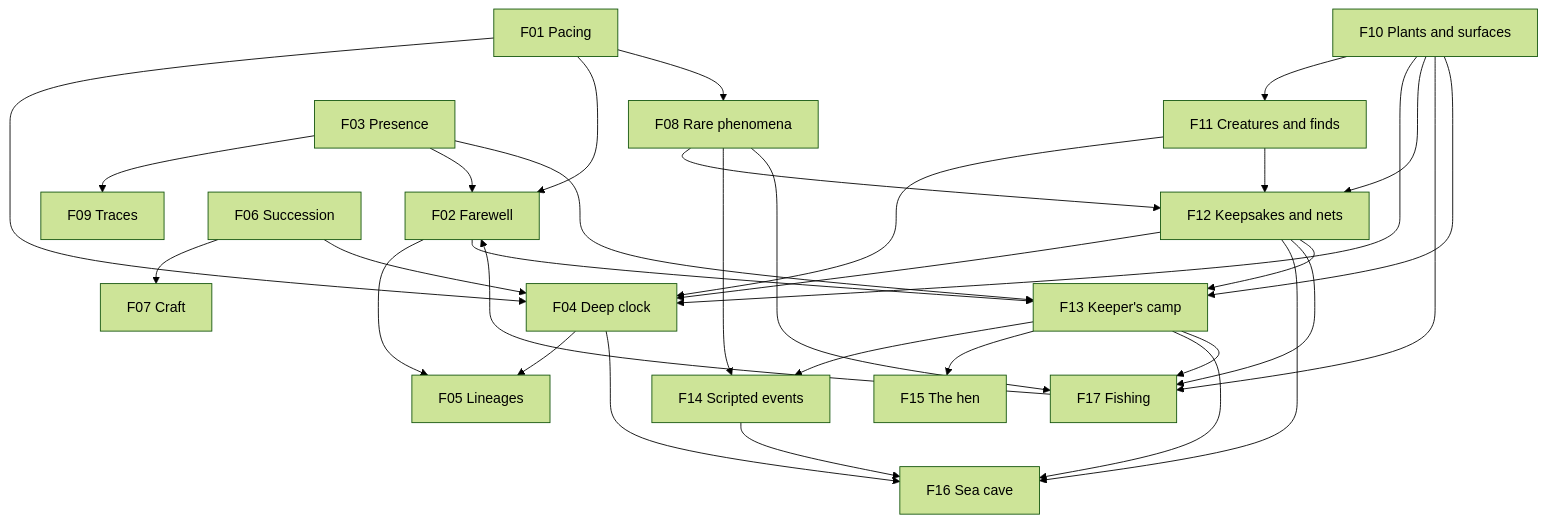
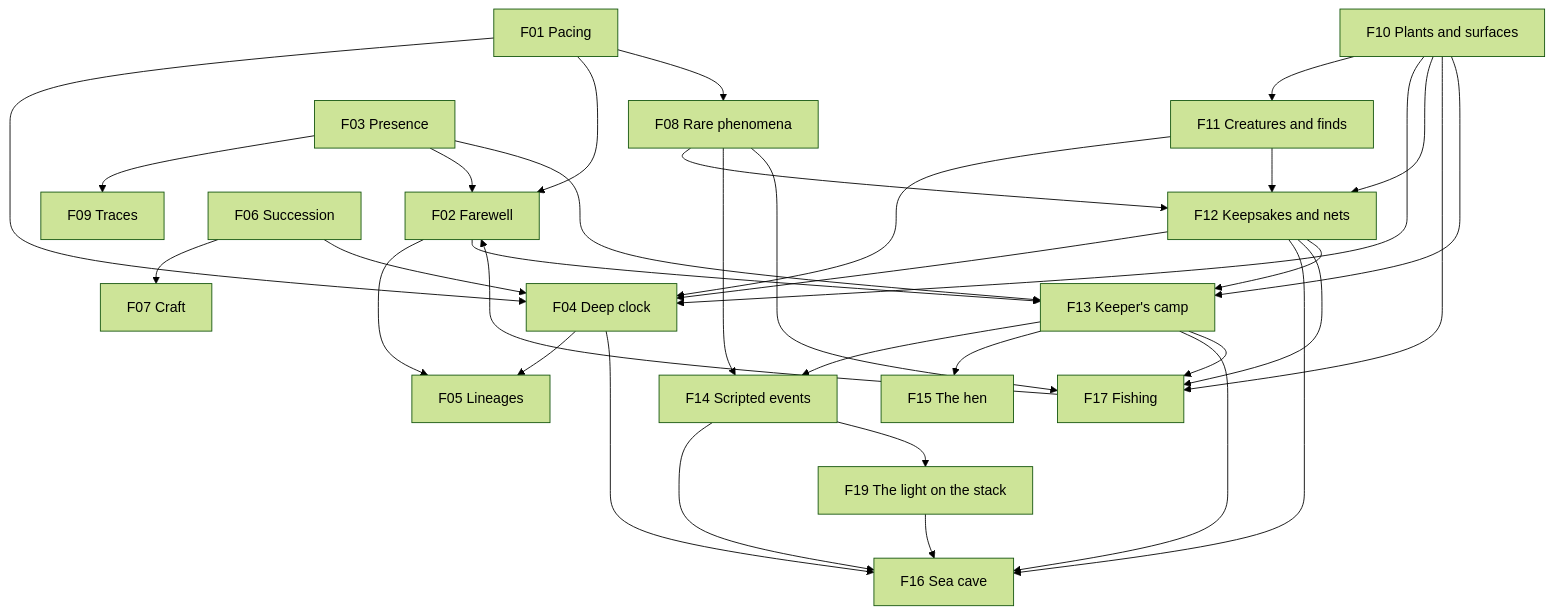
Before and after one commit to mshomper/ebb: the diagram in docs/future/README.md, drawn with Mermaid (forest theme). The commit also changed other lines of this file and 2 other files, not shown here.

Commit message:
Add F19 the light on the stack; move F16's cave into the stack

````diff
--- a/docs/future/README.md
+++ b/docs/future/README.md
@@ -38,35 +39,37 @@
 ```mermaid
 flowchart TB
   F01[F01 Pacing] --> F04[F04 Deep clock]
   F01 --> F02[F02 Farewell]
   F01 --> F08[F08 Rare phenomena]
   F04 --> F05[F05 Lineages]
   F02 --> F05
   F03[F03 Presence] --> F09[F09 Traces]
   F03 --> F02
   F06[F06 Succession] --> F07[F07 Craft]
   F06 --> F04
   F10[F10 Plants and surfaces] --> F11[F11 Creatures and finds]
   F10 --> F04
   F11 --> F04
   F10 --> F12[F12 Keepsakes and nets]
   F11 --> F12
   F08 --> F12
   F12 --> F04
   F08 --> F14[F14 Scripted events]
   F13 --> F14
   F13 --> F15[F15 The hen]
   F14 --> F16
   F12 --> F16[F16 Sea cave]
   F13 --> F16
   F12 --> F17[F17 Fishing]
   F13 --> F17
   F10 --> F17
   F08 --> F17
   F17 --> F02
   F04 --> F16
   F03 --> F13[F13 Keeper's camp]
   F02 --> F13
   F10 --> F13
   F12 --> F13
+  F14 --> F19[F19 The light on the stack]
+  F19 --> F16
 ```
````
